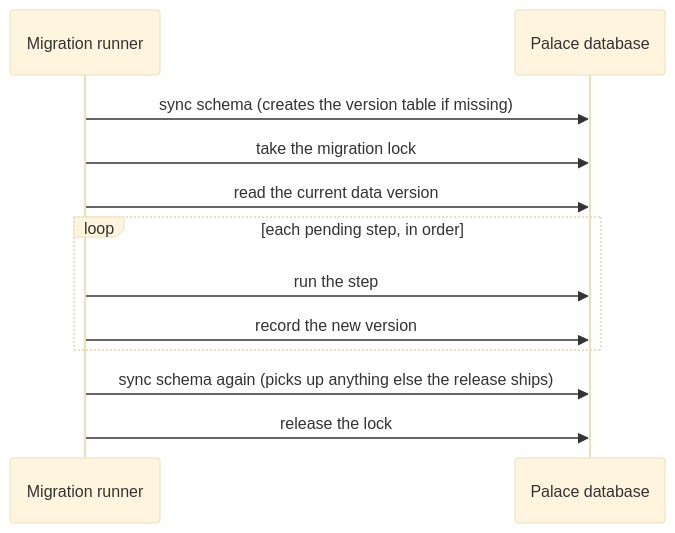
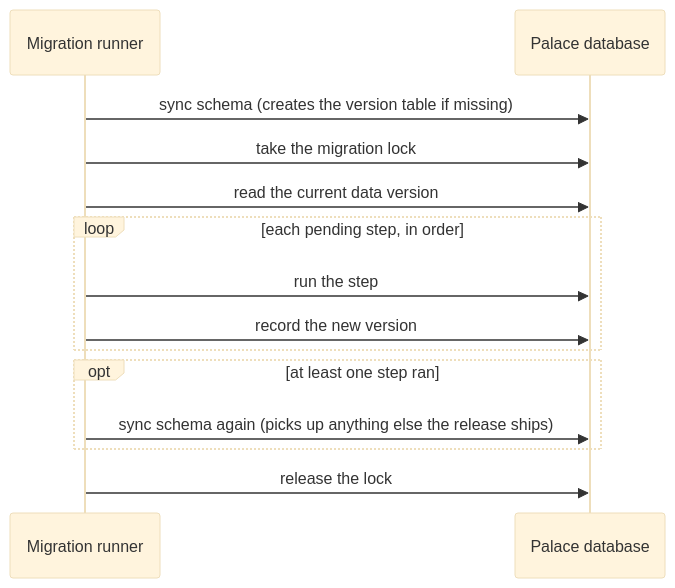
Before and after one commit to noirbizarre/memcastle: the diagram in docs/migrations.md, drawn with Mermaid (base theme). The commit also changed other lines of this file and 3 other files, not shown here.

First line of the commit message:
perf(migrate): skip the second schema sync when no data migration ran

````diff
--- a/docs/migrations.md
+++ b/docs/migrations.md
@@ -28,15 +28,17 @@
 ```mermaid
 sequenceDiagram
     participant R as Migration runner
     participant DB as Palace database
 
     R->>DB: sync schema (creates the version table if missing)
     R->>DB: take the migration lock
     R->>DB: read the current data version
     loop each pending step, in order
         R->>DB: run the step
         R->>DB: record the new version
     end
-    R->>DB: sync schema again (picks up anything else the release ships)
+    opt at least one step ran
+        R->>DB: sync schema again (picks up anything else the release ships)
+    end
     R->>DB: release the lock
 ```
````
